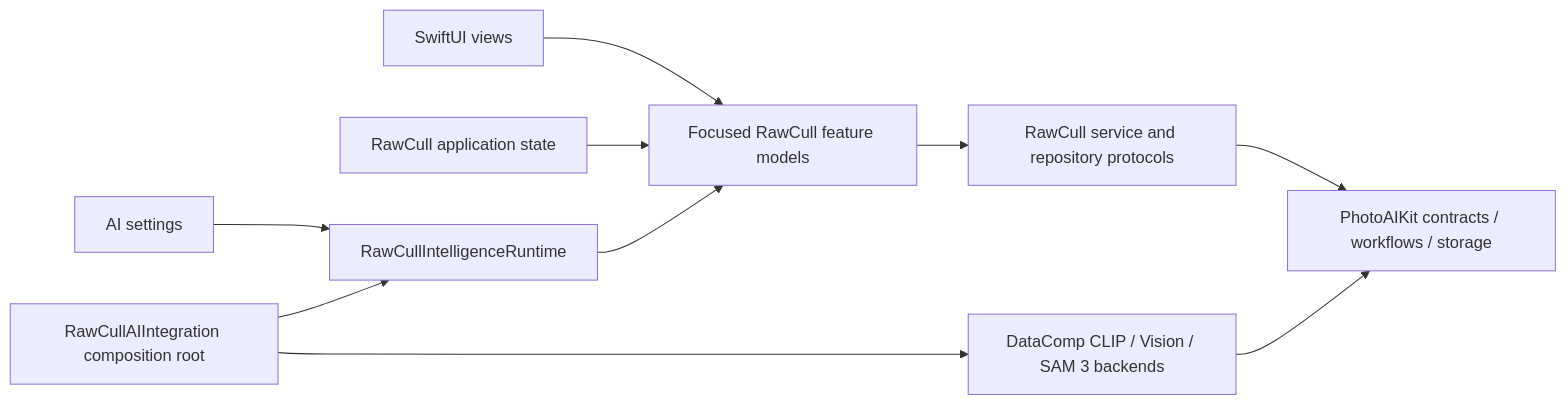
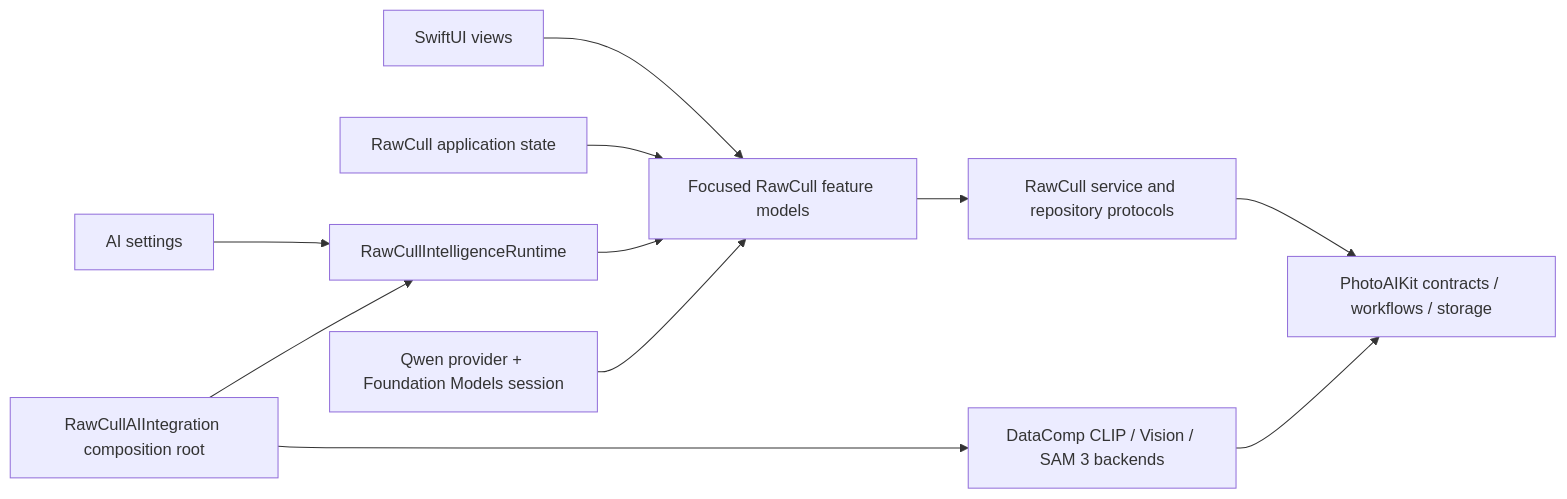
Before and after one commit to rsyncOSX/RawCull: the second of 2 diagrams in README.md, drawn with Mermaid. The commit also changed other lines of this file, not shown here.

Commit message:
qwen and ai

````diff
--- a/README.md
+++ b/README.md
@@ -200,12 +232,13 @@
 ```mermaid
 flowchart LR
     Views["SwiftUI views"] --> Features["Focused RawCull feature models"]
     App["RawCull application state"] --> Features
     Settings["AI settings"] --> Runtime["RawCullIntelligenceRuntime"]
     Runtime --> Features
     Features --> Services["RawCull service and repository protocols"]
     Services --> Contracts["PhotoAIKit contracts / workflows / storage"]
     Composition["RawCullAIIntegration composition root"] --> Runtime
     Composition --> Backends["DataComp CLIP / Vision / SAM 3 backends"]
     Backends --> Contracts
+    QwenBackend["Qwen provider + Foundation Models session"] --> Features
 ```
````
